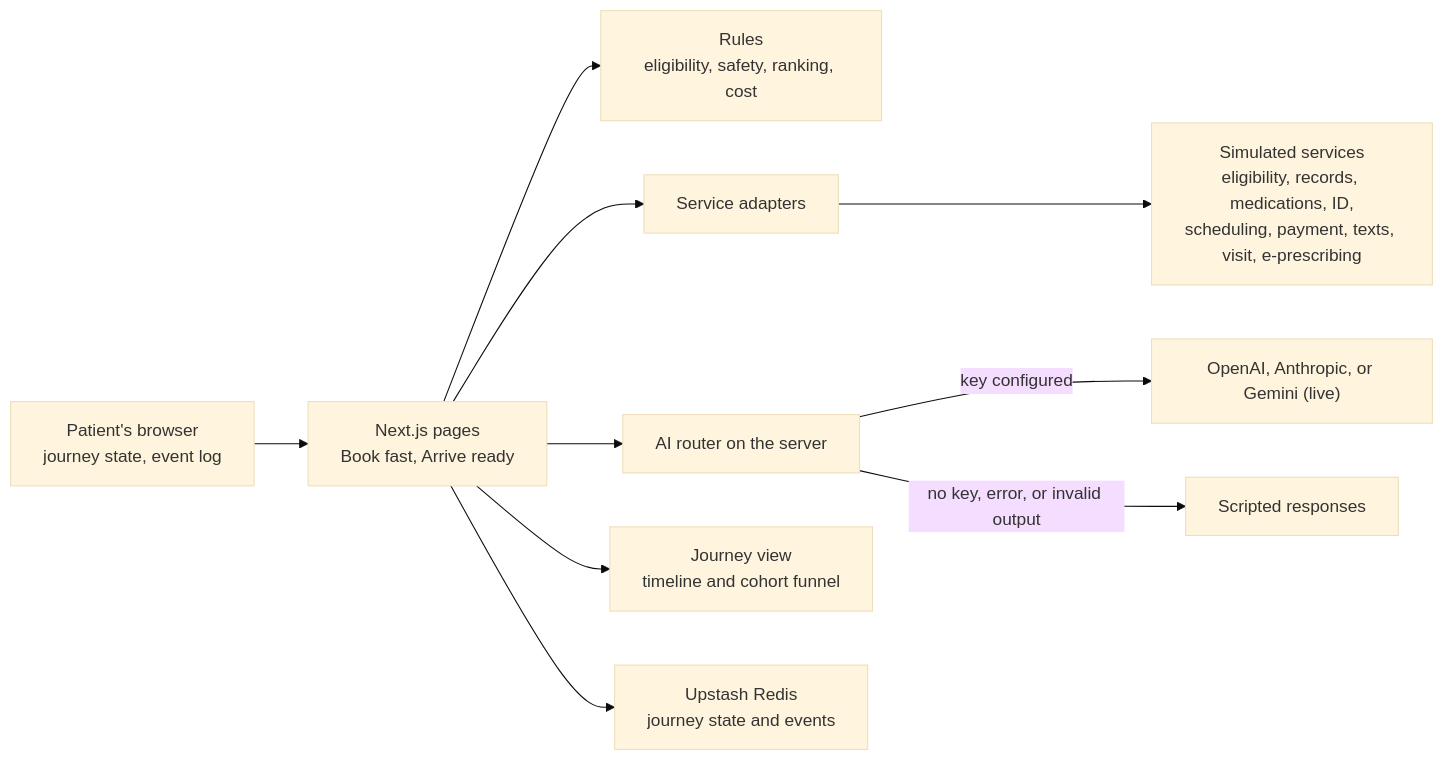
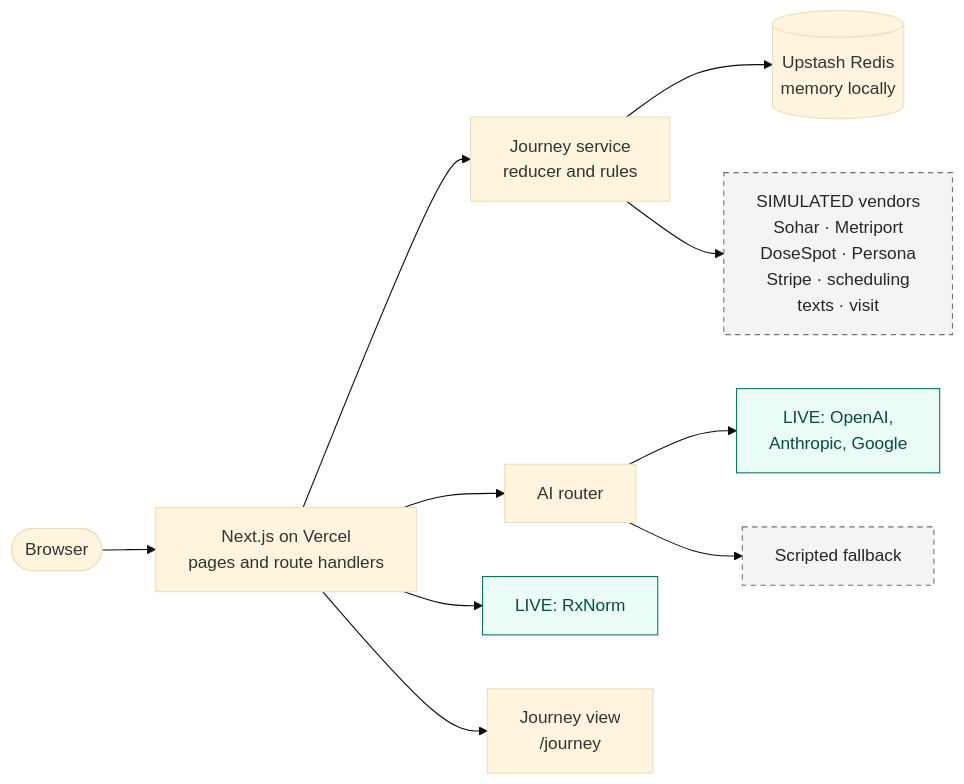
The sixth of 8 diagrams in docs/ARCHITECTURE.md (emeka-flourish/legion-onboarding), drawn with Mermaid (base theme) before and after one commit. The commit also changed other lines of this file and 11 other files, not shown here.

````diff
--- a/docs/ARCHITECTURE.md
+++ b/docs/ARCHITECTURE.md
@@ -20,12 +176,16 @@
 ```mermaid
 flowchart LR
-  B["Patient's browser<br/>journey state, event log"] --> UI["Next.js pages<br/>Book fast, Arrive ready"]
-  UI --> R["Rules<br/>eligibility, safety, ranking, cost"]
-  UI --> AD["Service adapters"]
-  AD --> SIM["Simulated services<br/>eligibility, records, medications, ID,<br/>scheduling, payment, texts, visit, e-prescribing"]
-  UI --> AI["AI router on the server"]
-  AI -->|"key configured"| C["OpenAI, Anthropic, or Gemini (live)"]
-  AI -->|"no key, error, or invalid output"| S["Scripted responses"]
-  UI --> J["Journey view<br/>timeline and cohort funnel"]
-  UI --> DB["Upstash Redis<br/>journey state and events"]
+  B(["Browser"]) --> N["Next.js on Vercel<br/>pages and route handlers"]
+  N --> JS["Journey service<br/>reducer and rules"]
+  JS --> ST[("Upstash Redis<br/>memory locally")]
+  JS --> SIM["SIMULATED vendors<br/>Sohar · Metriport<br/>DoseSpot · Persona<br/>Stripe · scheduling<br/>texts · visit"]
+  N --> AI["AI router"]
+  AI --> LLM["LIVE: OpenAI,<br/>Anthropic, Google"]
+  AI --> SC["Scripted fallback"]
+  N --> RX["LIVE: RxNorm"]
+  N --> JV["Journey view<br/>/journey"]
+  classDef sim fill:#f4f4f5,stroke:#71717a,stroke-dasharray:5 4,color:#27272a
+  classDef live fill:#ecfdf5,stroke:#047857,color:#064e3b
+  class SIM,SC sim
+  class LLM,RX live
 ```
````
